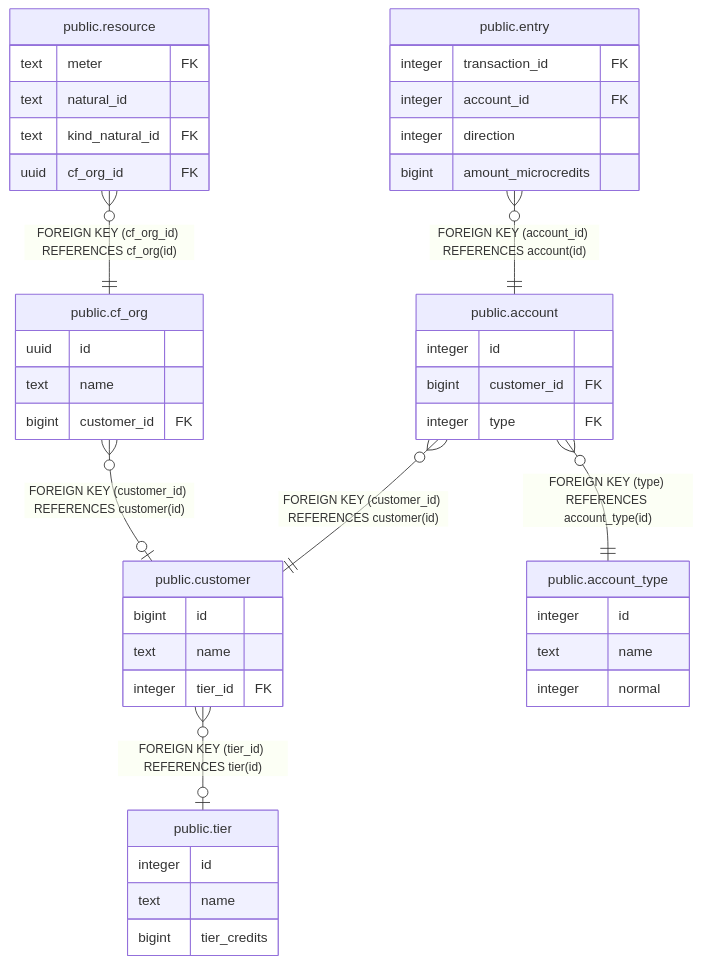
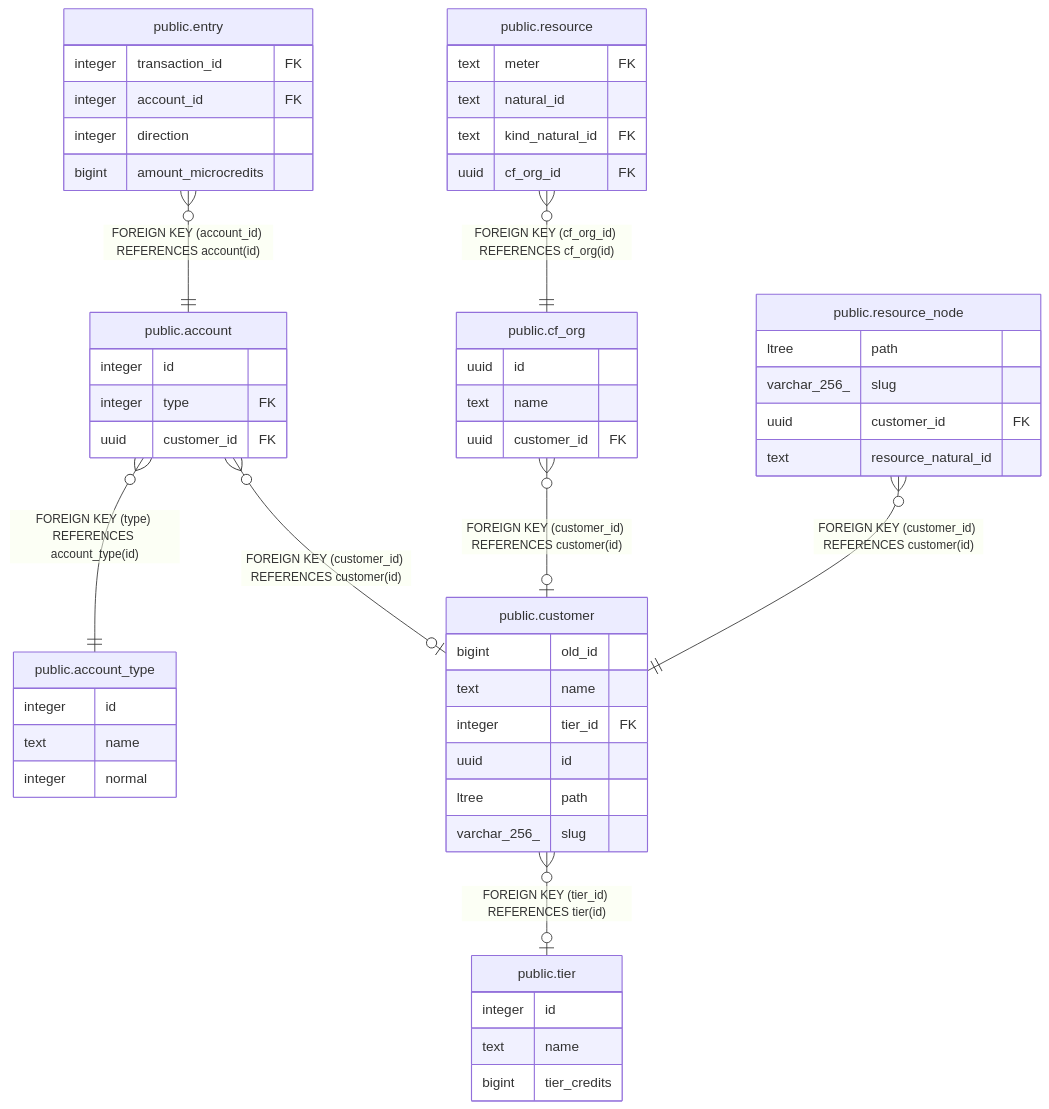
One commit to cloud-gov/billing changed the diagram in docs/db-schema/public.customer.md. Above: the diagram before and after it, drawn with Mermaid. The commit also changed other lines of this file and 15 other files, not shown here.

````diff
--- a/docs/db-schema/public.customer.md
+++ b/docs/db-schema/public.customer.md
@@ -28,48 +38,58 @@
 ```mermaid
 erDiagram
 
+"public.customer" }o--o| "public.tier" : "FOREIGN KEY (tier_id) REFERENCES tier(id)"
 "public.cf_org" }o--o| "public.customer" : "FOREIGN KEY (customer_id) REFERENCES customer(id)"
 "public.resource" }o--|| "public.cf_org" : "FOREIGN KEY (cf_org_id) REFERENCES cf_org(id)"
-"public.account" }o--|| "public.customer" : "FOREIGN KEY (customer_id) REFERENCES customer(id)"
+"public.account" }o--o| "public.customer" : "FOREIGN KEY (customer_id) REFERENCES customer(id)"
 "public.entry" }o--|| "public.account" : "FOREIGN KEY (account_id) REFERENCES account(id)"
 "public.account" }o--|| "public.account_type" : "FOREIGN KEY (type) REFERENCES account_type(id)"
-"public.customer" }o--o| "public.tier" : "FOREIGN KEY (tier_id) REFERENCES tier(id)"
+"public.resource_node" }o--|| "public.customer" : "FOREIGN KEY (customer_id) REFERENCES customer(id)"
 
 "public.customer" {
-  bigint id
+  bigint old_id
   text name
   integer tier_id FK
+  uuid id
+  ltree path
+  varchar_256_ slug
+}
+"public.tier" {
+  integer id
+  text name
+  bigint tier_credits
 }
 "public.cf_org" {
   uuid id
   text name
-  bigint customer_id FK
+  uuid customer_id FK
 }
 "public.resource" {
   text meter FK
   text natural_id
   text kind_natural_id FK
   uuid cf_org_id FK
 }
 "public.account" {
   integer id
-  bigint customer_id FK
   integer type FK
+  uuid customer_id FK
 }
 "public.entry" {
   integer transaction_id FK
   integer account_id FK
   integer direction
   bigint amount_microcredits
 }
 "public.account_type" {
   integer id
   text name
   integer normal
 }
-"public.tier" {
-  integer id
-  text name
-  bigint tier_credits
+"public.resource_node" {
+  ltree path
+  varchar_256_ slug
+  uuid customer_id FK
+  text resource_natural_id
 }
 ```
````
